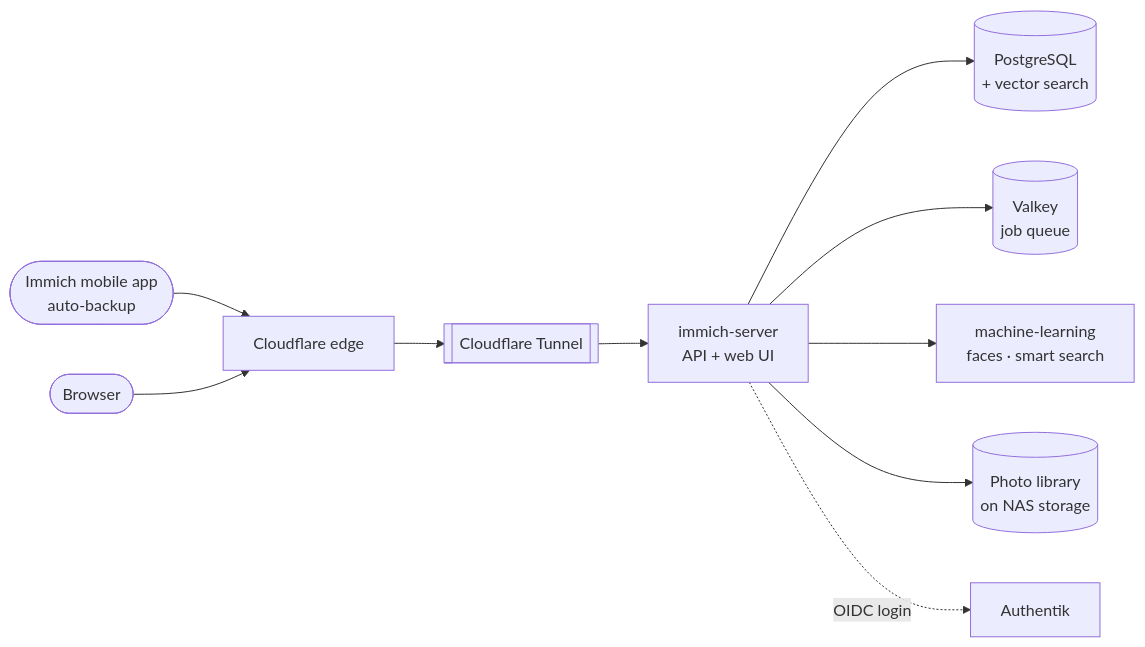
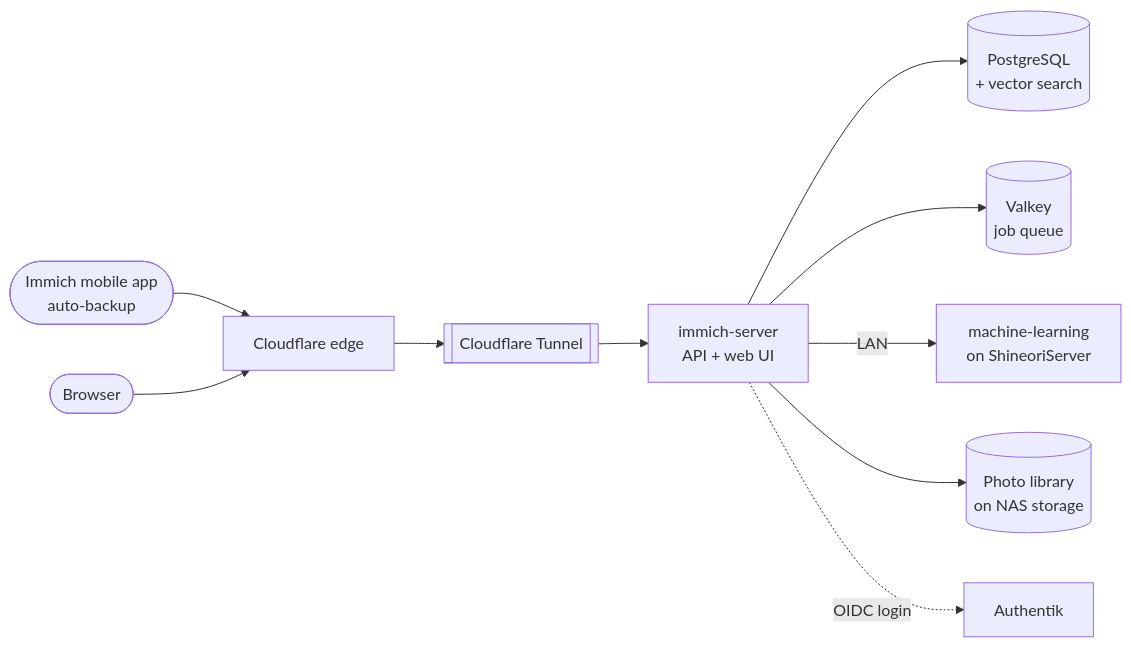
The diagram in docs/services/immich.md (Shineori/homelab), drawn with Mermaid before and after one commit. The commit also changed other lines of this file and 28 other files, not shown here.

First line of the commit message:
Move six services from ShiNAS to ShineoriServer

````diff
--- a/docs/services/immich.md
+++ b/docs/services/immich.md
@@ -24,12 +24,12 @@
 ```mermaid
 flowchart LR
     phone([Immich mobile app<br/>auto-backup]) --> cf[Cloudflare edge]
     web([Browser]) --> cf
     cf --> tun[[Cloudflare Tunnel]]
     tun --> srv[immich-server<br/>API + web UI]
     srv --> db[(PostgreSQL<br/>+ vector search)]
     srv --> redis[(Valkey<br/>job queue)]
-    srv --> ml[machine-learning<br/>faces · smart search]
+    srv -- LAN --> ml[machine-learning<br/>on ShineoriServer]
     srv --> files[(Photo library<br/>on NAS storage)]
     srv -. OIDC login .-> ak[Authentik]
 ```
````
